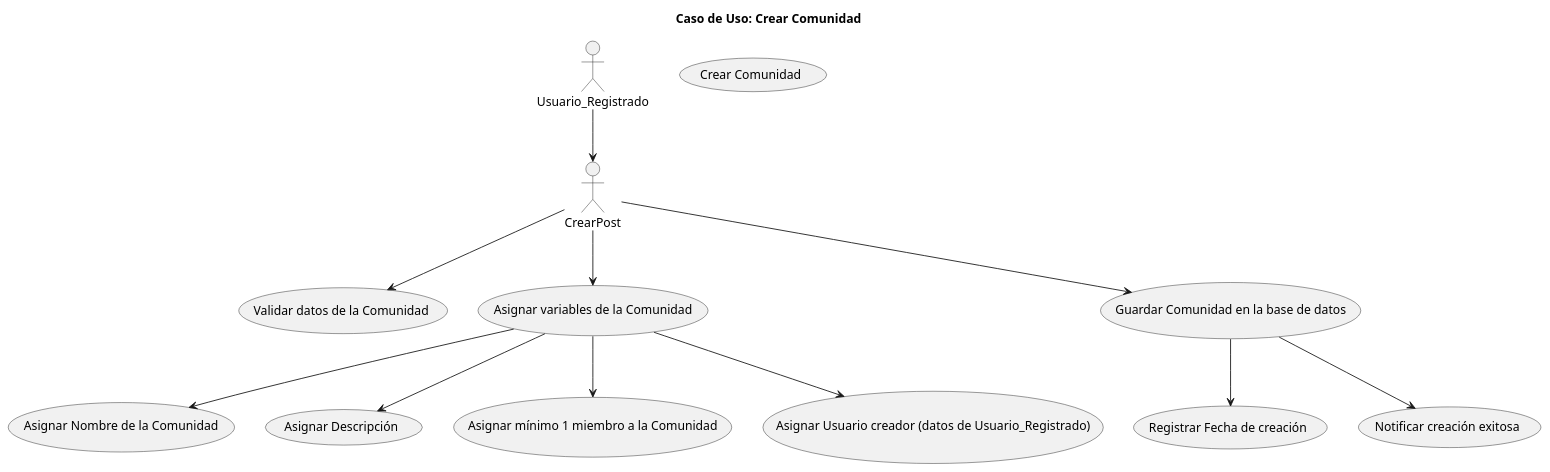
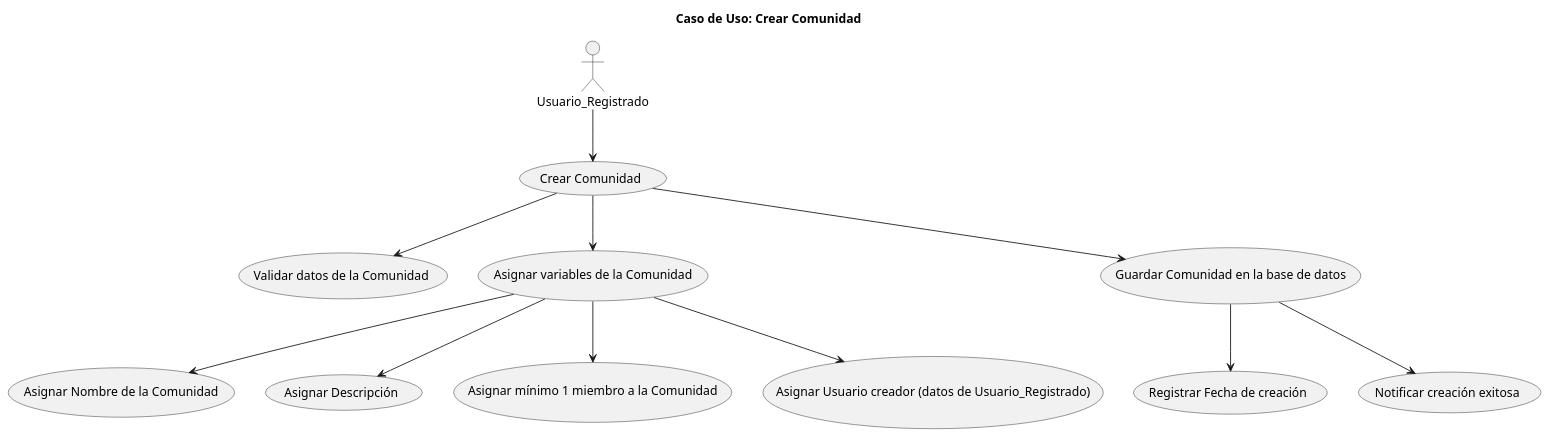
One commit to mmasias/24-25-IdSw1-SDR changed the diagram in modelosUML - Codigo/Detallado de CdU/CdU_Crear_Comunidad.puml. Above: the diagram before and after it, drawn with PlantUML.

```diff
--- a/modelosUML - Codigo/Detallado de CdU/CdU_Crear_Comunidad.puml
+++ b/modelosUML - Codigo/Detallado de CdU/CdU_Crear_Comunidad.puml
@@ -1,28 +1,28 @@
 @startuml
 title Caso de Uso: Crear Comunidad
 
 actor Usuario_Registrado as Usuario
 
 usecase "Crear Comunidad" as CrearComunidad
 usecase "Validar datos de la Comunidad" as ValidarDatos
 usecase "Asignar variables de la Comunidad" as AsignarVariables
 usecase "Asignar Nombre de la Comunidad" as Nombre
 usecase "Asignar Descripción" as Descripcion
 usecase "Asignar mínimo 1 miembro a la Comunidad" as Miembros
 usecase "Asignar Usuario creador (datos de Usuario_Registrado)" as UsuarioCreador
 usecase "Guardar Comunidad en la base de datos" as GuardarPost
 usecase "Registrar Fecha de creación" as FechaCreacion
 usecase "Notificar creación exitosa" as NotificarCreacion
 
-Usuario --> CrearPost
-CrearPost --> ValidarDatos
-CrearPost --> AsignarVariables
+Usuario --> CrearComunidad
+CrearComunidad --> ValidarDatos
+CrearComunidad --> AsignarVariables
 AsignarVariables --> Nombre
 AsignarVariables --> Descripcion
 AsignarVariables --> Miembros
 AsignarVariables --> UsuarioCreador
-CrearPost --> GuardarPost
+CrearComunidad --> GuardarPost
 GuardarPost --> FechaCreacion
 GuardarPost --> NotificarCreacion
 
 @enduml
```
